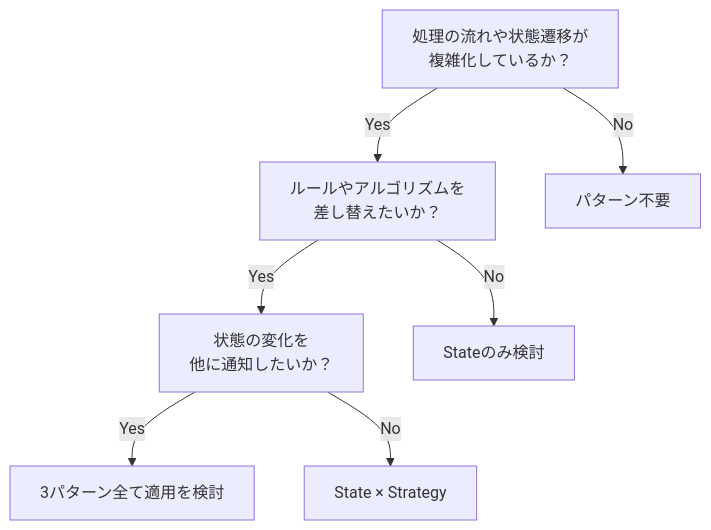
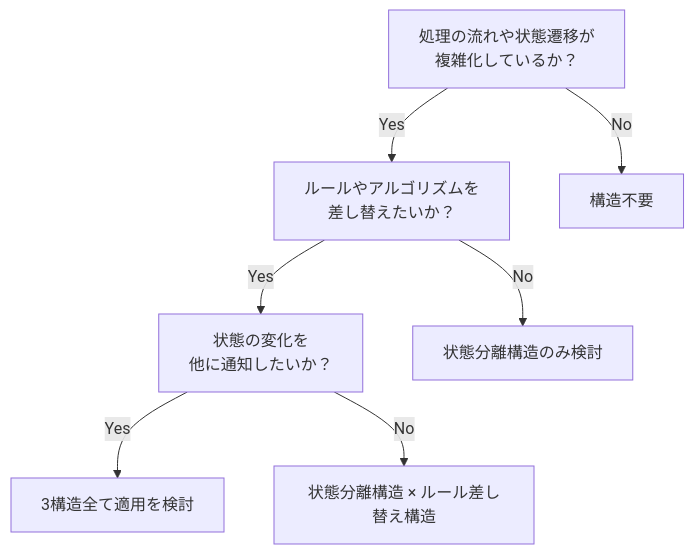
Before and after one commit to kumachan1101-pixel/DesignPattern: the fifth of 9 diagrams in kindle/design-patterns/output/chapter12.md, drawn with Mermaid. The commit also changed other lines of this file and 18 other files, not shown here.

````diff
--- a/kindle/design-patterns/output/chapter12.md
+++ b/kindle/design-patterns/output/chapter12.md
@@ -984,10 +984,10 @@
 ```mermaid
 flowchart TD
     A[処理の流れや状態遷移が<br>複雑化しているか？]
     A -->|Yes| B[ルールやアルゴリズムを<br>差し替えたいか？]
-    A -->|No| Z[パターン不要]
+    A -->|No| Z[構造不要]
     B -->|Yes| C[状態の変化を<br>他に通知したいか？]
-    B -->|No| D[Stateのみ検討]
-    C -->|Yes| E[3パターン全て適用を検討]
-    C -->|No| F[State × Strategy]
+    B -->|No| D[状態分離構造のみ検討]
+    C -->|Yes| E[3構造全て適用を検討]
+    C -->|No| F[状態分離構造 × ルール差し替え構造]
 ```
````
